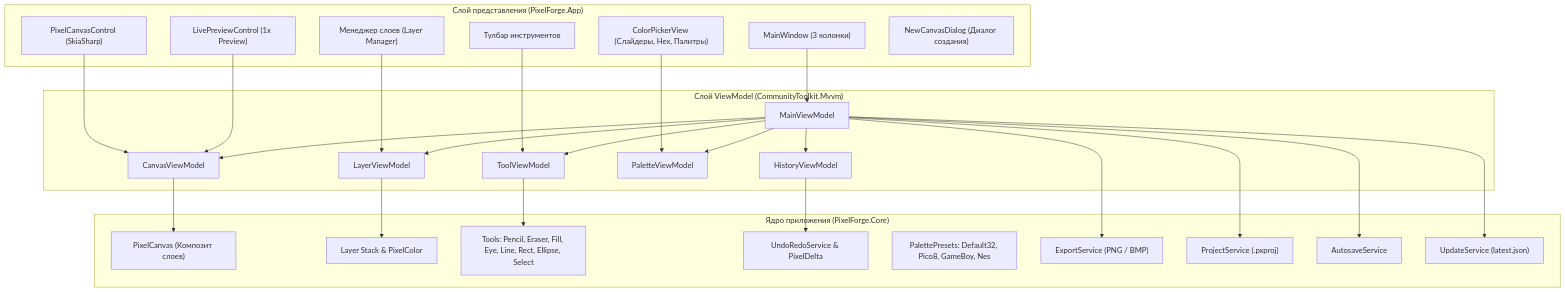
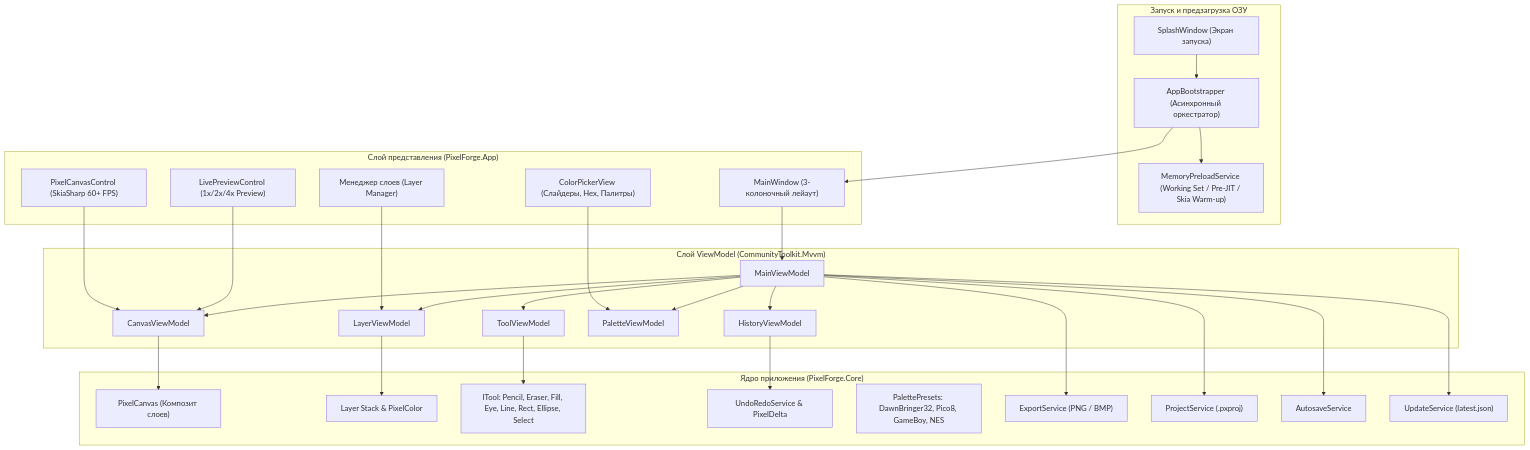
The diagram in README.md (widlily-corp/PixelForge), drawn with Mermaid before and after one commit. The commit also changed other lines of this file and 6 other files, not shown here.

````diff
--- a/README.md
+++ b/README.md
@@ -93,53 +105,59 @@
 ```mermaid
 graph TD
+    subgraph Bootstrap ["Запуск и предзагрузка ОЗУ"]
+        SW["SplashWindow (Экран запуска)"]
+        AB["AppBootstrapper (Асинхронный оркестратор)"]
+        MPS["MemoryPreloadService (Working Set / Pre-JIT / Skia Warm-up)"]
+        SW --> AB
+        AB --> MPS
+    end
+
     subgraph UI ["Слой представления (PixelForge.App)"]
-        MW["MainWindow (3 колонки)"]
-        TB["Тулбар инструментов"]
-        PC["PixelCanvasControl (SkiaSharp)"]
-        LP["LivePreviewControl (1x Preview)"]
+        MW["MainWindow (3-колоночный лейаут)"]
+        PC["PixelCanvasControl (SkiaSharp 60+ FPS)"]
+        LP["LivePreviewControl (1x/2x/4x Preview)"]
         CP["ColorPickerView (Слайдеры, Hex, Палитры)"]
         LM["Менеджер слоев (Layer Manager)"]
-        NCD["NewCanvasDialog (Диалог создания)"]
     end
 
     subgraph MVVM ["Слой ViewModel (CommunityToolkit.Mvvm)"]
         MVM["MainViewModel"]
         TVM["ToolViewModel"]
         CVM["CanvasViewModel"]
         LVM["LayerViewModel"]
         PVM["PaletteViewModel"]
         HVM["HistoryViewModel"]
     end
 
     subgraph Core ["Ядро приложения (PixelForge.Core)"]
         PCanvas["PixelCanvas (Композит слоев)"]
         Layers["Layer Stack & PixelColor"]
-        Tools["Tools: Pencil, Eraser, Fill, Eye, Line, Rect, Ellipse, Select"]
+        Tools["ITool: Pencil, Eraser, Fill, Eye, Line, Rect, Ellipse, Select"]
         History["UndoRedoService & PixelDelta"]
-        Palettes["PalettePresets: Default32, Pico8, GameBoy, Nes"]
+        Palettes["PalettePresets: DawnBringer32, Pico8, GameBoy, NES"]
         Export["ExportService (PNG / BMP)"]
         ProjectSvc["ProjectService (.pxproj)"]
         AutoSave["AutosaveService"]
         OTA["UpdateService (latest.json)"]
     end
 
+    AB --> MW
     MW --> MVM
-    TB --> TVM
     PC --> CVM
     LP --> CVM
     CP --> PVM
     LM --> LVM
     MVM --> TVM
     MVM --> CVM
     MVM --> LVM
     MVM --> PVM
     MVM --> HVM
     TVM --> Tools
     CVM --> PCanvas
     LVM --> Layers
     HVM --> History
     MVM --> Export
     MVM --> ProjectSvc
     MVM --> AutoSave
     MVM --> OTA
 ```
````
